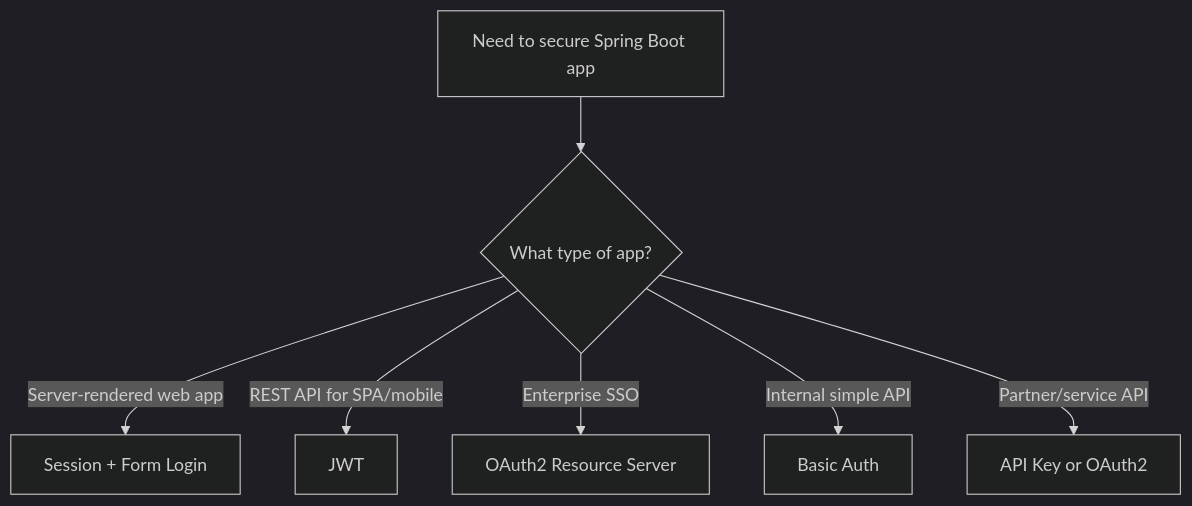
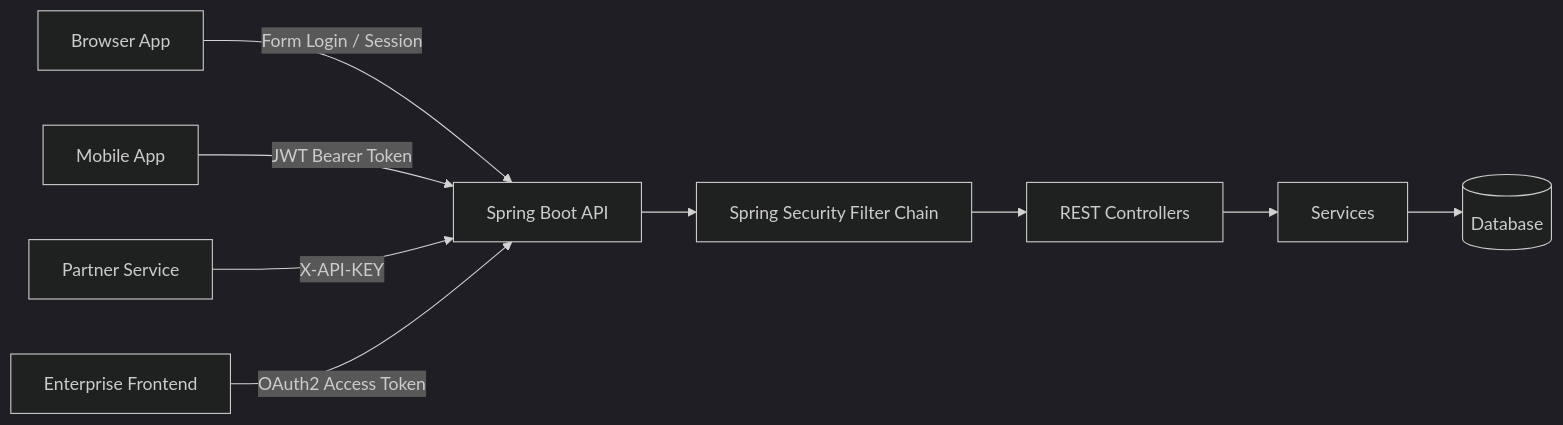
Before and after one commit to mthaiseer/springcloud-systemdesign-notes: diagram 18 of 19 in HLD_NOTES/003_TECHNOLOGY_DEEP_DIVE/spring_boot_auth_authz_visual_reference.md, drawn with Mermaid (dark theme). The commit also changed other lines of this file and 19 other files, not shown here.

````diff
--- a/HLD_NOTES/003_TECHNOLOGY_DEEP_DIVE/spring_boot_auth_authz_visual_reference.md
+++ b/HLD_NOTES/003_TECHNOLOGY_DEEP_DIVE/spring_boot_auth_authz_visual_reference.md
@@ -1024,9 +1378,12 @@
 ```mermaid
-flowchart TD
-    A[Need to secure Spring Boot app] --> B{What type of app?}
-    B -->|Server-rendered web app| C[Session + Form Login]
-    B -->|REST API for SPA/mobile| D[JWT]
-    B -->|Enterprise SSO| E[OAuth2 Resource Server]
-    B -->|Internal simple API| F[Basic Auth]
-    B -->|Partner/service API| G[API Key or OAuth2]
+flowchart LR
+    Browser[Browser App] -->|Form Login / Session| Spring[Spring Boot API]
+    Mobile[Mobile App] -->|JWT Bearer Token| Spring
+    Partner[Partner Service] -->|X-API-KEY| Spring
+    Enterprise[Enterprise Frontend] -->|OAuth2 Access Token| Spring
+
+    Spring --> Security[Spring Security Filter Chain]
+    Security --> Controllers[REST Controllers]
+    Controllers --> Services[Services]
+    Services --> DB[(Database)]
 ```
````
